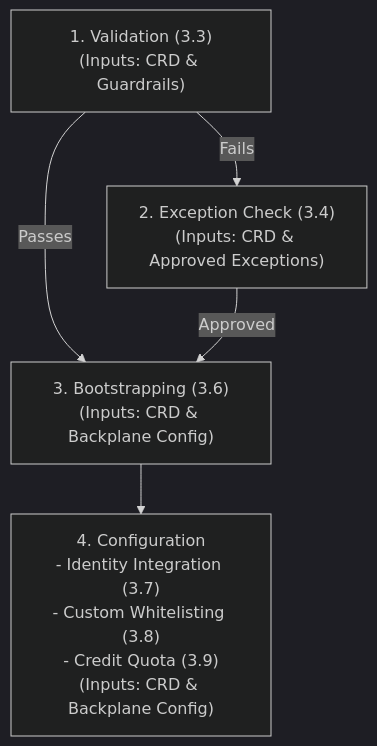
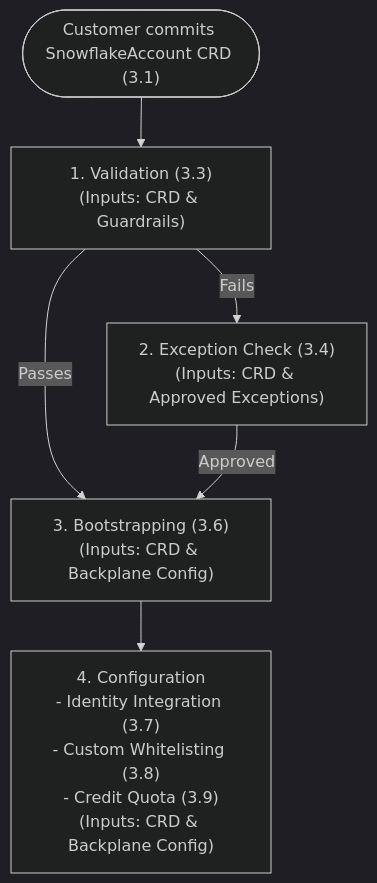
The second of 2 diagrams in specs/design.md (allianz/yukimi), drawn with Mermaid (dark theme) before and after one commit.

````diff
--- a/specs/design.md
+++ b/specs/design.md
@@ -176,13 +176,15 @@
 ```mermaid
 flowchart TD
+    Commit(["Customer commits SnowflakeAccount CRD (3.1)"])
     Step1["1. Validation (3.3)\n(Inputs: CRD & Guardrails)"]
     Step2["2. Exception Check (3.4)\n(Inputs: CRD & Approved Exceptions)"]
     Step3["3. Bootstrapping (3.6)\n(Inputs: CRD & Backplane Config)"]
     Step4["4. Configuration\n- Identity Integration (3.7)\n- Custom Whitelisting (3.8)\n- Credit Quota (3.9)\n(Inputs: CRD & Backplane Config)"]
 
+    Commit --> Step1
     Step1 -- "Passes" --> Step3
     Step1 -- "Fails" --> Step2
     Step2 -- "Approved" --> Step3
 
     Step3 --> Step4
 ```
````
